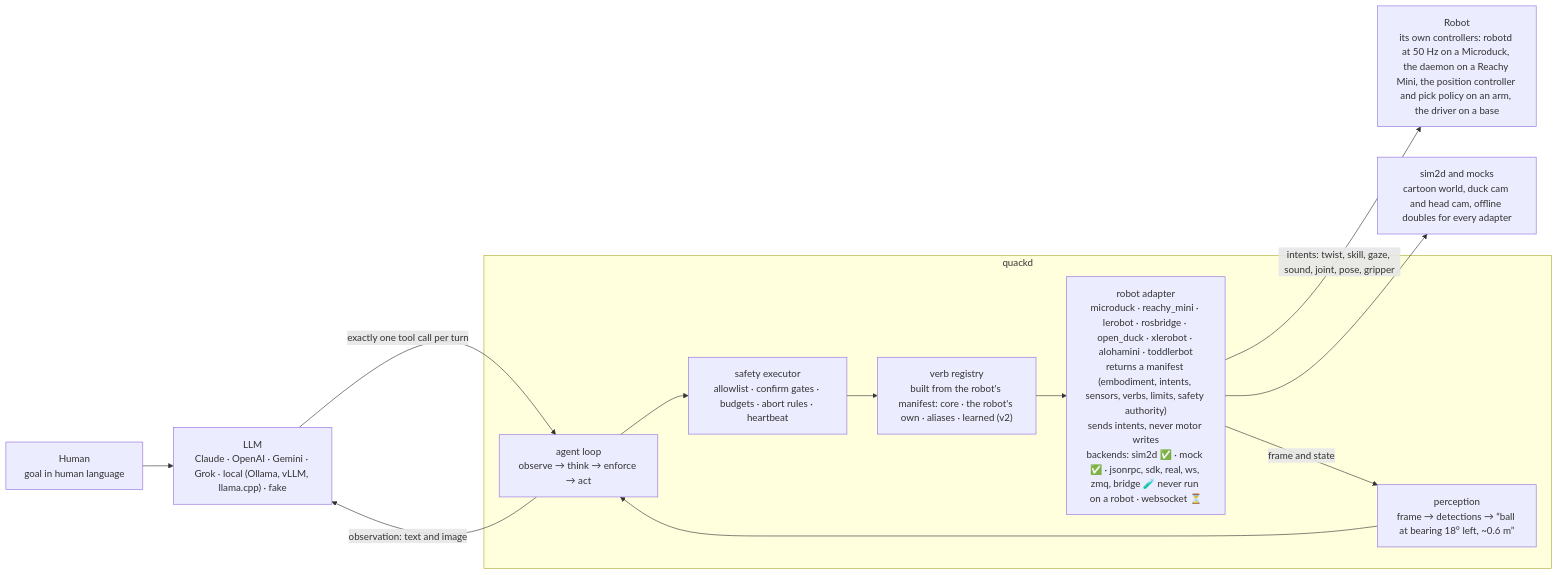
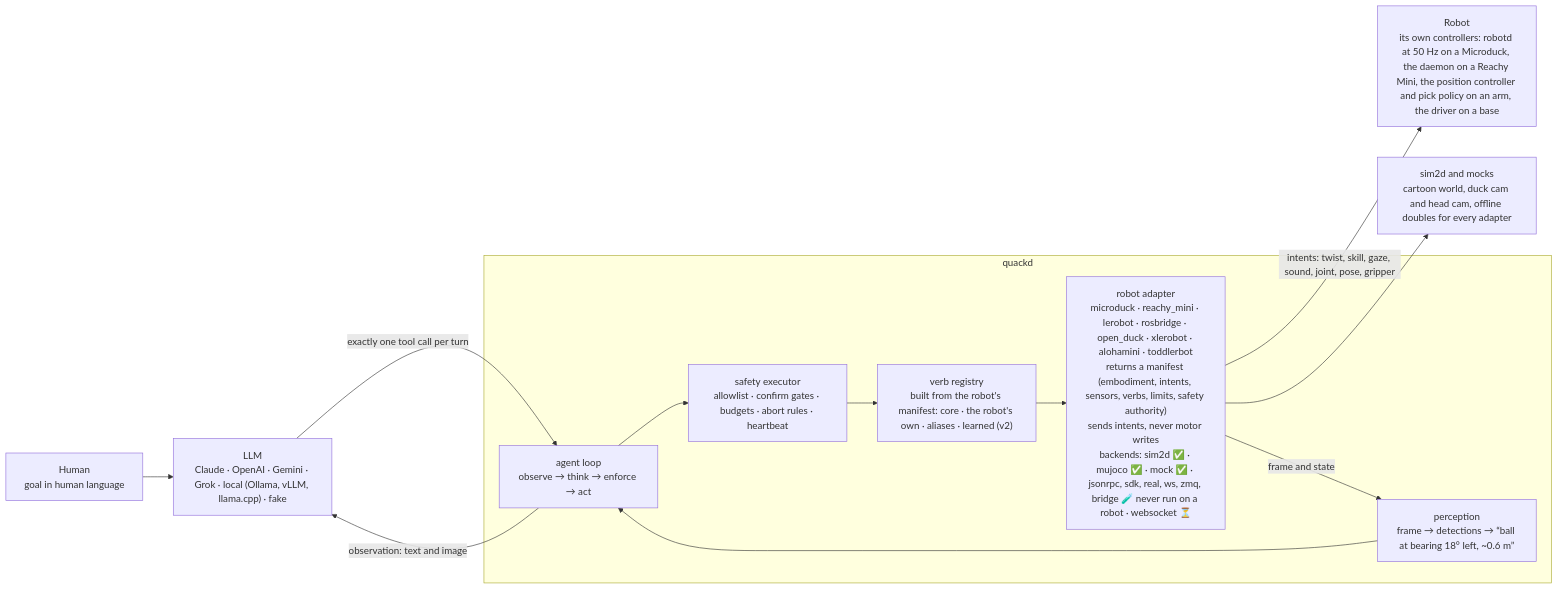
The second of 3 diagrams in README.md (Bayway/quackd), drawn with Mermaid before and after one commit. The commit also changed other lines of this file and 40 other files, not shown here.

````diff
--- a/README.md
+++ b/README.md
@@ -262,21 +271,21 @@
 ```mermaid
 flowchart LR
     HUMAN["Human<br/>goal in human language"]
     LLM["LLM<br/>Claude · OpenAI · Gemini · Grok · local (Ollama, vLLM, llama.cpp) · fake"]
     subgraph quackd
         LOOP["agent loop<br/>observe → think → enforce → act"]
         EXEC["safety executor<br/>allowlist · confirm gates · budgets · abort rules · heartbeat"]
         VERBS["verb registry<br/>built from the robot's manifest: core · the robot's own · aliases · learned (v2)"]
         PERC["perception<br/>frame → detections → “ball at bearing 18° left, ~0.6 m”"]
-        ADAPTER["robot adapter<br/>microduck · reachy_mini · lerobot · rosbridge · open_duck · xlerobot · alohamini · toddlerbot<br/>returns a manifest (embodiment, intents, sensors, verbs, limits, safety authority)<br/>sends intents, never motor writes<br/>backends: sim2d ✅ · mock ✅ · jsonrpc, sdk, real, ws, zmq, bridge 🧪 never run on a robot · websocket ⏳"]
+        ADAPTER["robot adapter<br/>microduck · reachy_mini · lerobot · rosbridge · open_duck · xlerobot · alohamini · toddlerbot<br/>returns a manifest (embodiment, intents, sensors, verbs, limits, safety authority)<br/>sends intents, never motor writes<br/>backends: sim2d ✅ · mujoco ✅ · mock ✅ · jsonrpc, sdk, real, ws, zmq, bridge 🧪 never run on a robot · websocket ⏳"]
     end
     ROBOT["Robot<br/>its own controllers: robotd at 50 Hz on a Microduck, the daemon on a Reachy Mini, the position controller and pick policy on an arm, the driver on a base"]
     SIM["sim2d and mocks<br/>cartoon world, duck cam and head cam, offline doubles for every adapter"]
     HUMAN --> LLM
     LLM -- "exactly one tool call per turn" --> LOOP
     LOOP --> EXEC --> VERBS --> ADAPTER
     ADAPTER -- "intents: twist, skill, gaze, sound, joint, pose, gripper" --> ROBOT
     ADAPTER --> SIM
     ADAPTER -- "frame and state" --> PERC --> LOOP
     LOOP -- "observation: text and image" --> LLM
 ```
````
